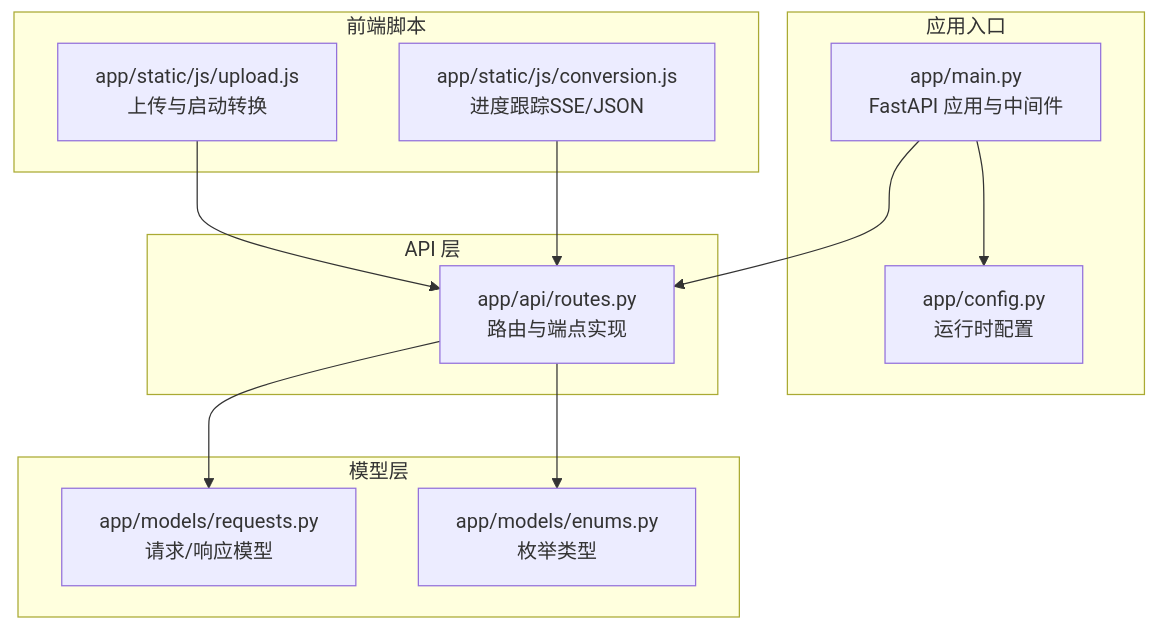
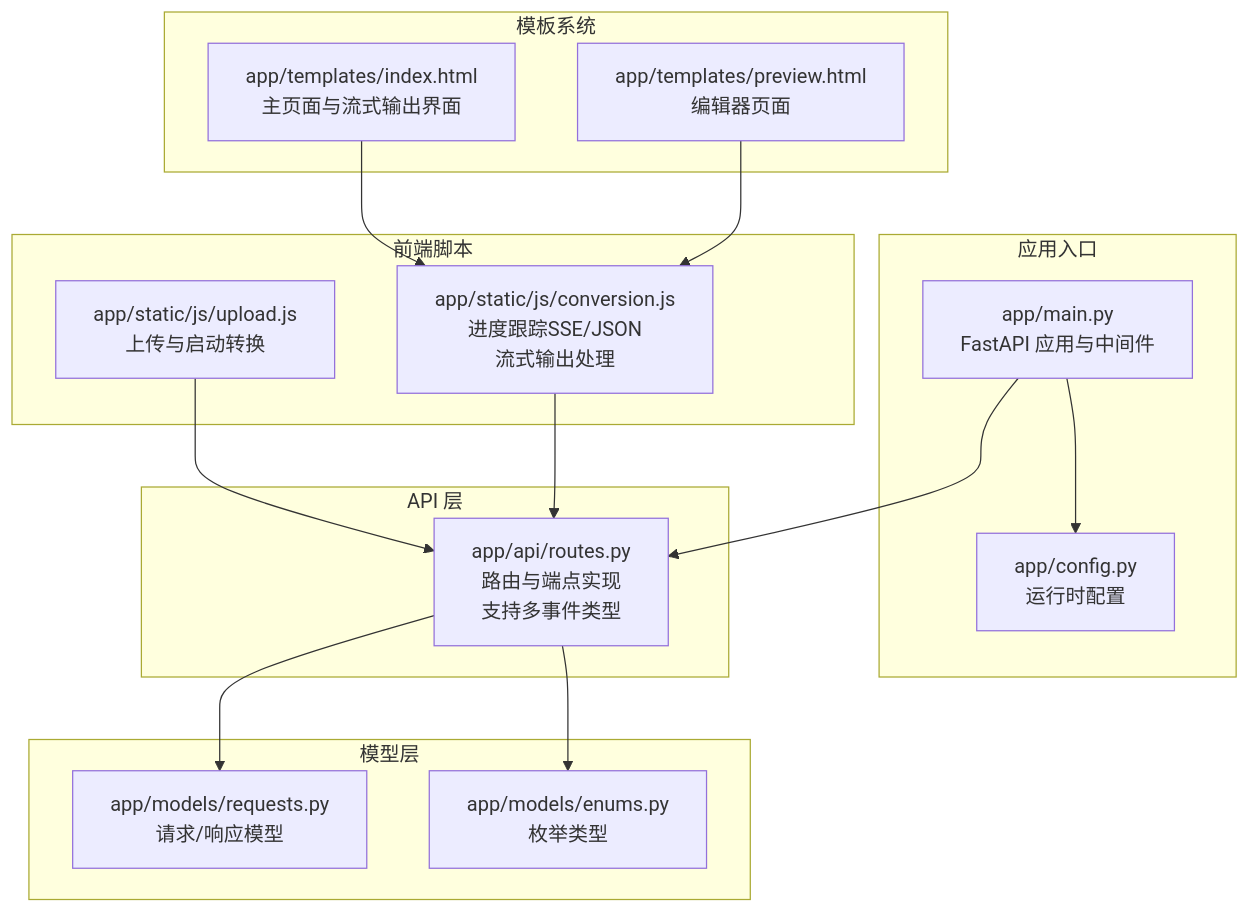
The first of 7 diagrams in .qoder/repowiki/zh/content/API参考文档/进度监控端点.md (tjujingzong/Novel-to-Screenplay), drawn with Mermaid before and after one commit. The commit also changed other lines of this file and 21 other files, not shown here.

````diff
--- a/.qoder/repowiki/zh/content/API参考文档/进度监控端点.md
+++ b/.qoder/repowiki/zh/content/API参考文档/进度监控端点.md
@@ -47,24 +58,30 @@
 ```mermaid
 graph TB
 subgraph "应用入口"
 MAIN["app/main.py<br/>FastAPI 应用与中间件"]
 CFG["app/config.py<br/>运行时配置"]
 end
 subgraph "API 层"
-ROUTES["app/api/routes.py<br/>路由与端点实现"]
+ROUTES["app/api/routes.py<br/>路由与端点实现<br/>支持多事件类型"]
 end
 subgraph "模型层"
 MODELS_REQ["app/models/requests.py<br/>请求/响应模型"]
 MODELS_ENUM["app/models/enums.py<br/>枚举类型"]
 end
 subgraph "前端脚本"
-JS_CONV["app/static/js/conversion.js<br/>进度跟踪SSE/JSON"]
+JS_CONV["app/static/js/conversion.js<br/>进度跟踪SSE/JSON<br/>流式输出处理"]
 JS_UPLOAD["app/static/js/upload.js<br/>上传与启动转换"]
+end
+subgraph "模板系统"
+TPL_INDEX["app/templates/index.html<br/>主页面与流式输出界面"]
+TPL_PREVIEW["app/templates/preview.html<br/>编辑器页面"]
 end
 MAIN --> ROUTES
 MAIN --> CFG
 ROUTES --> MODELS_REQ
 ROUTES --> MODELS_ENUM
 JS_UPLOAD --> ROUTES
 JS_CONV --> ROUTES
+TPL_INDEX --> JS_CONV
+TPL_PREVIEW --> JS_CONV
 ```
````
